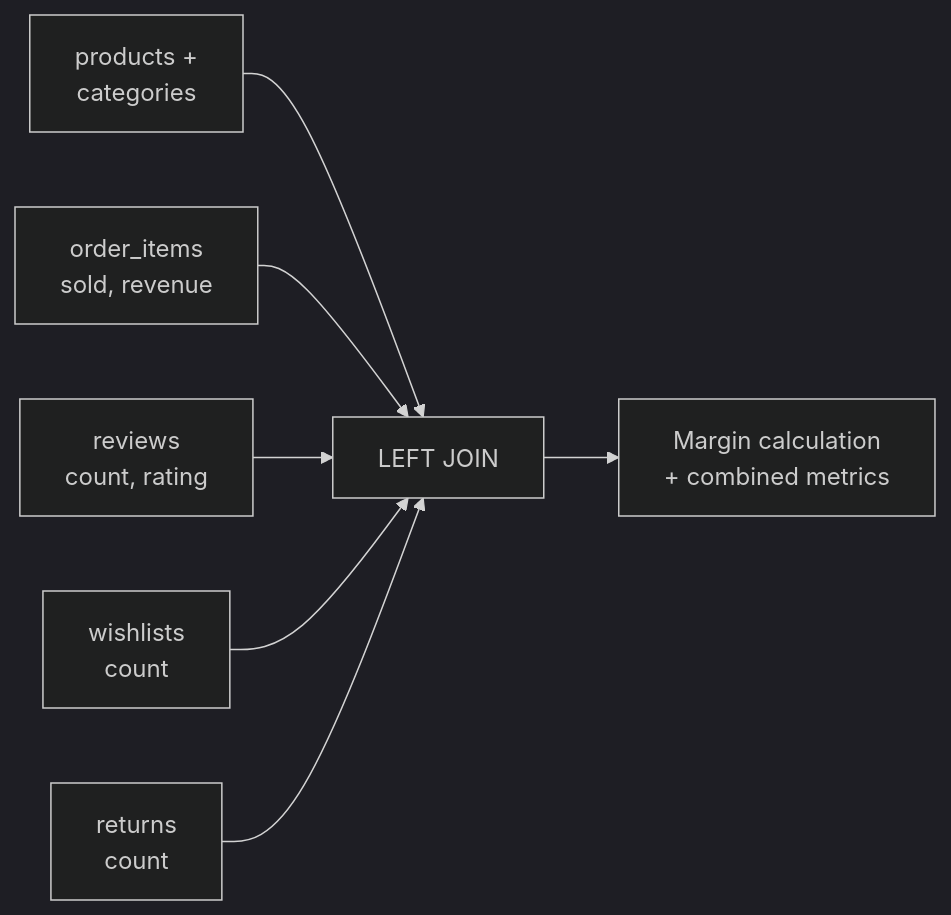
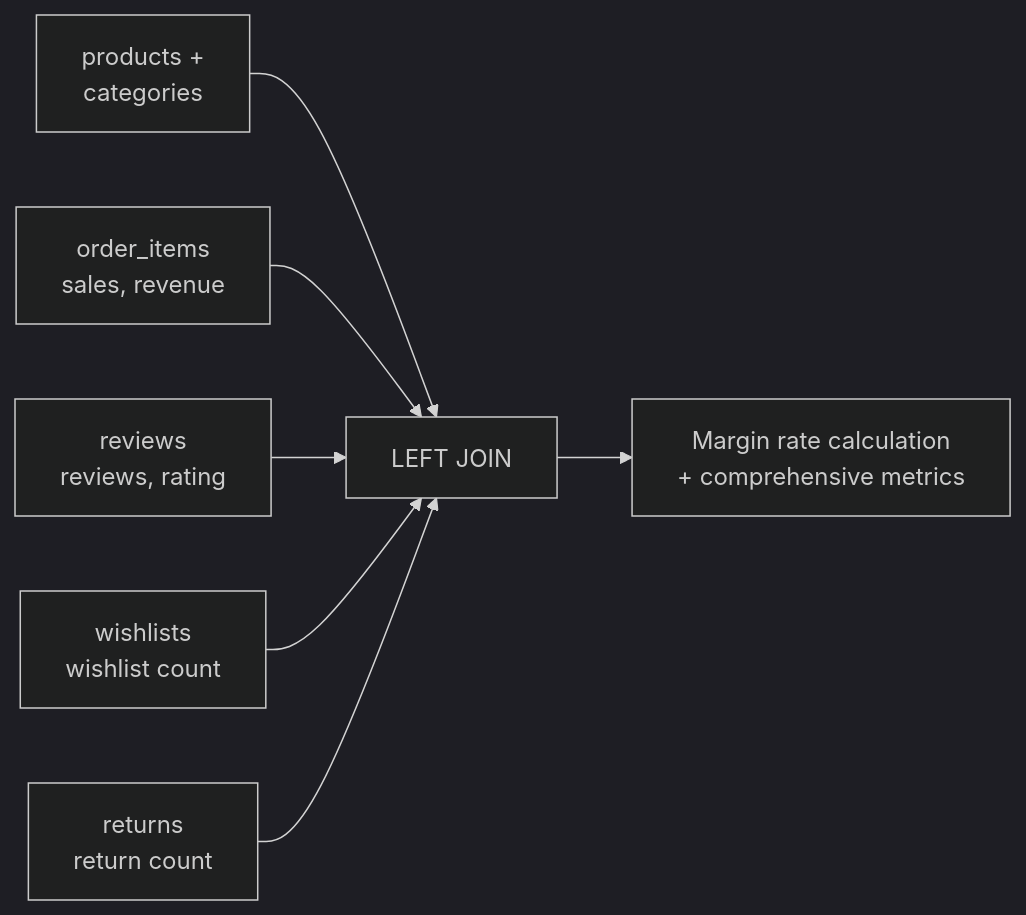
Before and after one commit to civilian7/sql-tutorial: diagram 12 of 18 in docs/en/schema/views.md, drawn with Mermaid (dark theme). The commit also changed other lines of this file and 121 other files, not shown here.

````diff
--- a/docs/en/schema/views.md
+++ b/docs/en/schema/views.md
@@ -1166,15 +1180,15 @@
 ```mermaid
 flowchart LR
     A["products +
     categories"] --> F["LEFT JOIN"]
     B["order_items
-    sold, revenue"] --> F
+    sales, revenue"] --> F
     C["reviews
-    count, rating"] --> F
+    reviews, rating"] --> F
     D["wishlists
-    count"] --> F
+    wishlist count"] --> F
     E["returns
-    count"] --> F
-    F --> G["Margin calculation
-    + combined metrics"]
+    return count"] --> F
+    F --> G["Margin rate calculation
+    + comprehensive metrics"]
 ```
````
